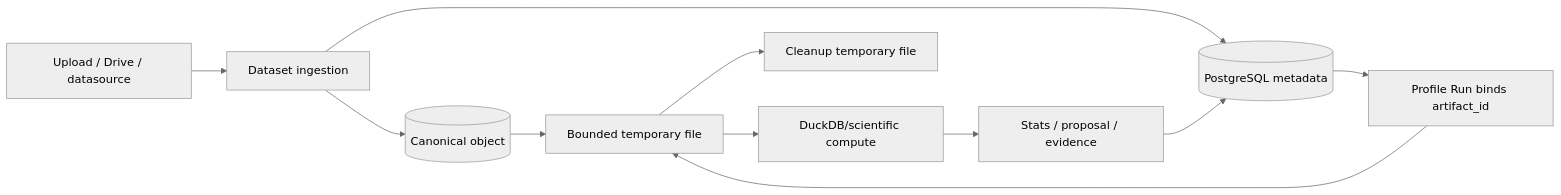
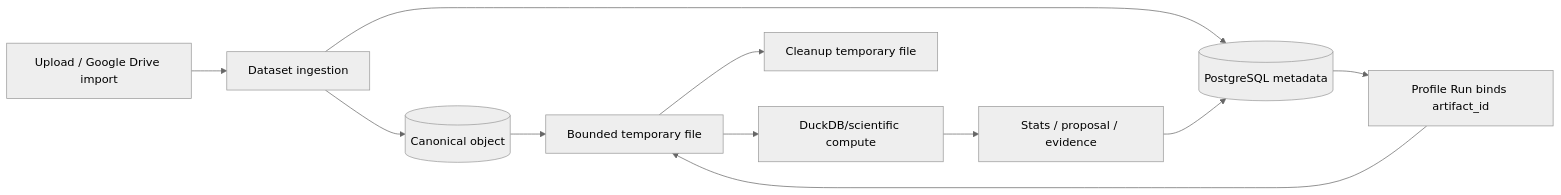
One commit to mhiu05/VDaAgent changed the first of 2 diagrams in docs/architecture/data-and-storage.md. Above: the diagram before and after it, drawn with Mermaid (neutral theme). The commit also changed other lines of this file and 1913 other files, not shown here.

````diff
--- a/docs/architecture/data-and-storage.md
+++ b/docs/architecture/data-and-storage.md
@@ -15,13 +15,13 @@
 ```mermaid
 flowchart LR
-  Source[Upload / Drive / datasource] --> Ingest[Dataset ingestion]
+  Source[Upload / Google Drive import] --> Ingest[Dataset ingestion]
   Ingest --> Object[(Canonical object)]
   Ingest --> Meta[(PostgreSQL metadata)]
   Meta --> Bind[Profile Run binds artifact_id]
   Object --> Materialize[Bounded temporary file]
   Bind --> Materialize
   Materialize --> Duck[DuckDB/scientific compute]
   Duck --> Derived[Stats / proposal / evidence]
   Derived --> Meta
   Materialize --> Cleanup[Cleanup temporary file]
 ```
````
